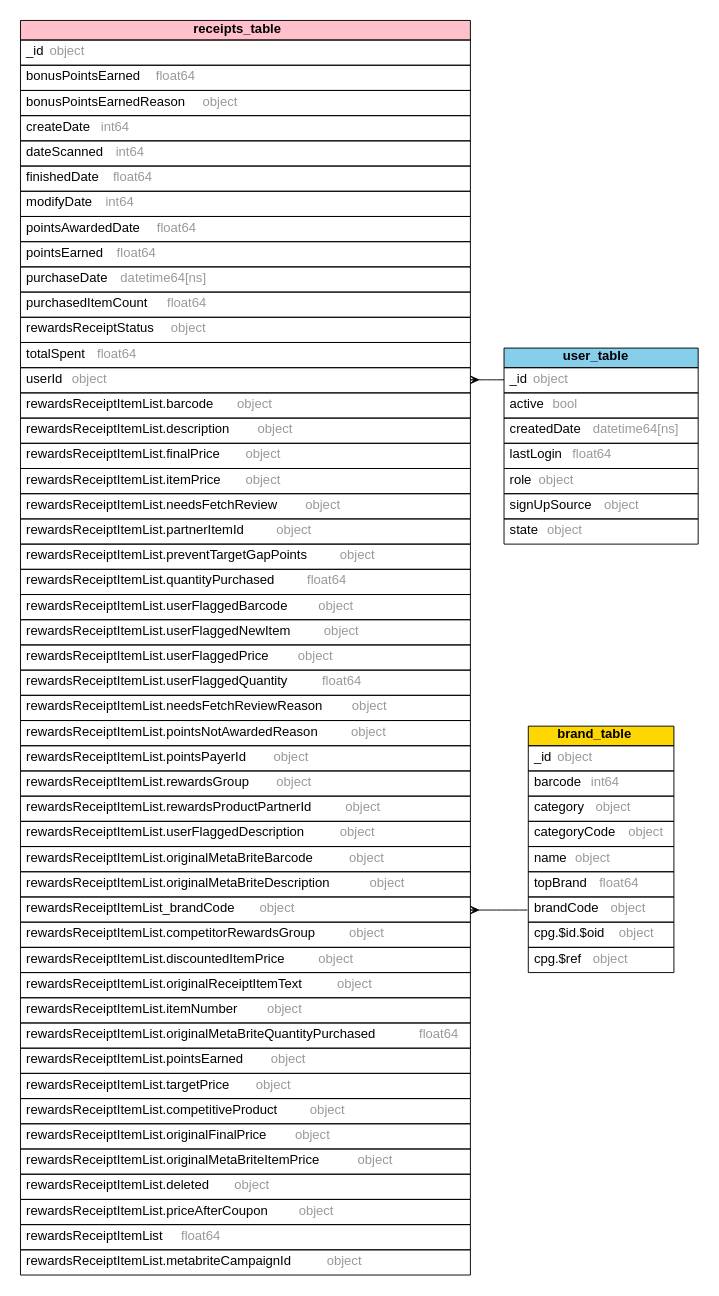
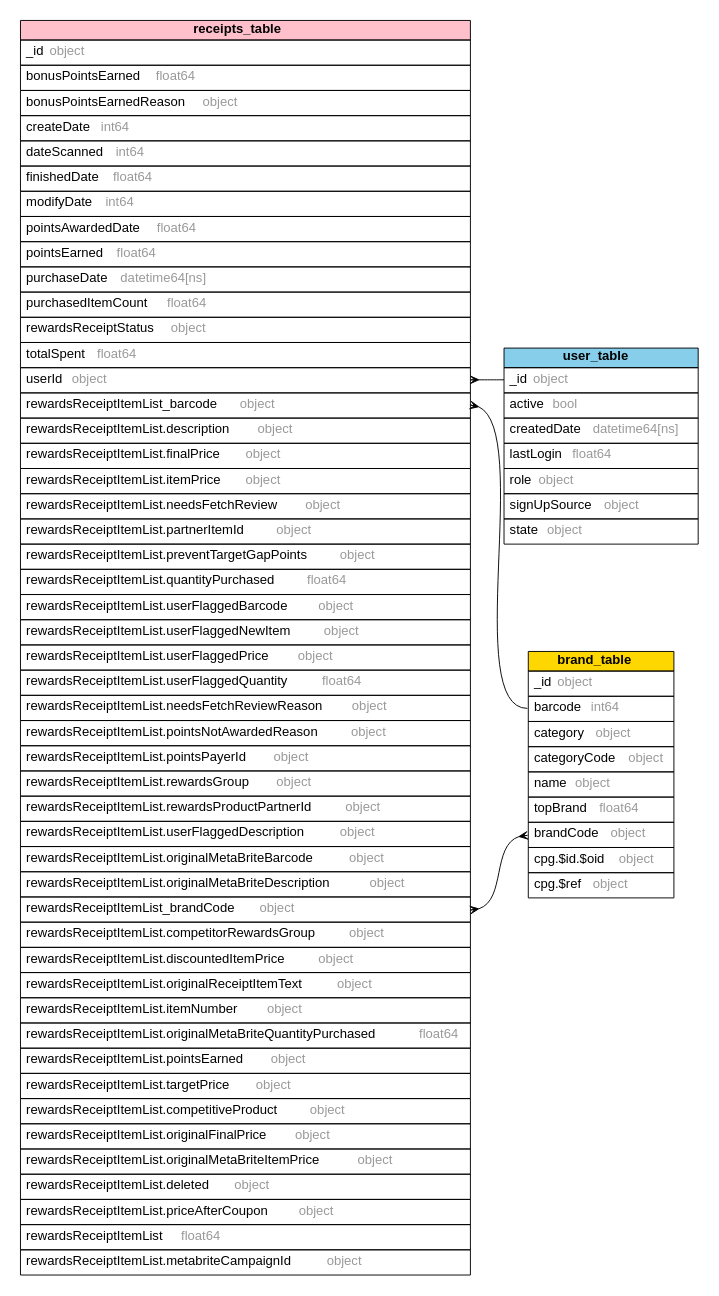
Before and after one commit to delgreen/data_science_portfolio: the diagram in diagram.dot, drawn with Graphviz. The commit also changed 2 other files, not shown here.

Commit message:
Comments about date times and updated diagram

```diff
--- a/diagram.dot
+++ b/diagram.dot
@@ -1,112 +1,115 @@
 digraph G {
         graph [
             nodesep=0.5;
             rankdir="LR";
             cencentrate=true;
             splines="spline";
             fontname="Helvetica";
             pad="0.2,0.2",
             label="",
 
         ];
 
         node [shape=plain, fontname="Helvetica"];
         edge [
             dir=both,
             fontsize=12,
             arrowsize=0.9,
             penwidth=1.0,
             labelangle=32,
             labeldistance=1.8,
             fontname="Helvetica"
         ];
 
 	 receipts_table [ label=<
         <table border="0" cellborder="1" cellspacing="0">
         <tr><td bgcolor="pink"><b>receipts_table</b></td></tr>
         
 		<tr><td port="_id" align="left" cellpadding="5">_id <font color="grey60">object</font></td></tr>
 		<tr><td port="bonusPointsEarned" align="left" cellpadding="5">bonusPointsEarned <font color="grey60">float64</font></td></tr>
 		<tr><td port="bonusPointsEarnedReason" align="left" cellpadding="5">bonusPointsEarnedReason <font color="grey60">object</font></td></tr>
 		<tr><td port="createDate" align="left" cellpadding="5">createDate <font color="grey60">int64</font></td></tr>
 		<tr><td port="dateScanned" align="left" cellpadding="5">dateScanned <font color="grey60">int64</font></td></tr>
 		<tr><td port="finishedDate" align="left" cellpadding="5">finishedDate <font color="grey60">float64</font></td></tr>
 		<tr><td port="modifyDate" align="left" cellpadding="5">modifyDate <font color="grey60">int64</font></td></tr>
 		<tr><td port="pointsAwardedDate" align="left" cellpadding="5">pointsAwardedDate <font color="grey60">float64</font></td></tr>
 		<tr><td port="pointsEarned" align="left" cellpadding="5">pointsEarned <font color="grey60">float64</font></td></tr>
 		<tr><td port="purchaseDate" align="left" cellpadding="5">purchaseDate <font color="grey60">datetime64[ns]</font></td></tr>
 		<tr><td port="purchasedItemCount" align="left" cellpadding="5">purchasedItemCount <font color="grey60">float64</font></td></tr>
 		<tr><td port="rewardsReceiptStatus" align="left" cellpadding="5">rewardsReceiptStatus <font color="grey60">object</font></td></tr>
 		<tr><td port="totalSpent" align="left" cellpadding="5">totalSpent <font color="grey60">float64</font></td></tr>
 		<tr><td port="userId" align="left" cellpadding="5">userId <font color="grey60">object</font></td></tr>
-		<tr><td port="rewardsReceiptItemList.barcode" align="left" cellpadding="5">rewardsReceiptItemList.barcode <font color="grey60">object</font></td></tr>
+		<tr><td port="rewardsReceiptItemList_barcode" align="left" cellpadding="5">rewardsReceiptItemList_barcode <font color="grey60">object</font></td></tr>
 		<tr><td port="rewardsReceiptItemList.description" align="left" cellpadding="5">rewardsReceiptItemList.description <font color="grey60">object</font></td></tr>
 		<tr><td port="rewardsReceiptItemList.finalPrice" align="left" cellpadding="5">rewardsReceiptItemList.finalPrice <font color="grey60">object</font></td></tr>
 		<tr><td port="rewardsReceiptItemList.itemPrice" align="left" cellpadding="5">rewardsReceiptItemList.itemPrice <font color="grey60">object</font></td></tr>
 		<tr><td port="rewardsReceiptItemList.needsFetchReview" align="left" cellpadding="5">rewardsReceiptItemList.needsFetchReview <font color="grey60">object</font></td></tr>
 		<tr><td port="rewardsReceiptItemList.partnerItemId" align="left" cellpadding="5">rewardsReceiptItemList.partnerItemId <font color="grey60">object</font></td></tr>
 		<tr><td port="rewardsReceiptItemList.preventTargetGapPoints" align="left" cellpadding="5">rewardsReceiptItemList.preventTargetGapPoints <font color="grey60">object</font></td></tr>
 		<tr><td port="rewardsReceiptItemList.quantityPurchased" align="left" cellpadding="5">rewardsReceiptItemList.quantityPurchased <font color="grey60">float64</font></td></tr>
 		<tr><td port="rewardsReceiptItemList.userFlaggedBarcode" align="left" cellpadding="5">rewardsReceiptItemList.userFlaggedBarcode <font color="grey60">object</font></td></tr>
 		<tr><td port="rewardsReceiptItemList.userFlaggedNewItem" align="left" cellpadding="5">rewardsReceiptItemList.userFlaggedNewItem <font color="grey60">object</font></td></tr>
 		<tr><td port="rewardsReceiptItemList.userFlaggedPrice" align="left" cellpadding="5">rewardsReceiptItemList.userFlaggedPrice <font color="grey60">object</font></td></tr>
 		<tr><td port="rewardsReceiptItemList.userFlaggedQuantity" align="left" cellpadding="5">rewardsReceiptItemList.userFlaggedQuantity <font color="grey60">float64</font></td></tr>
 		<tr><td port="rewardsReceiptItemList.needsFetchReviewReason" align="left" cellpadding="5">rewardsReceiptItemList.needsFetchReviewReason <font color="grey60">object</font></td></tr>
 		<tr><td port="rewardsReceiptItemList.pointsNotAwardedReason" align="left" cellpadding="5">rewardsReceiptItemList.pointsNotAwardedReason <font color="grey60">object</font></td></tr>
 		<tr><td port="rewardsReceiptItemList.pointsPayerId" align="left" cellpadding="5">rewardsReceiptItemList.pointsPayerId <font color="grey60">object</font></td></tr>
 		<tr><td port="rewardsReceiptItemList.rewardsGroup" align="left" cellpadding="5">rewardsReceiptItemList.rewardsGroup <font color="grey60">object</font></td></tr>
 		<tr><td port="rewardsReceiptItemList.rewardsProductPartnerId" align="left" cellpadding="5">rewardsReceiptItemList.rewardsProductPartnerId <font color="grey60">object</font></td></tr>
 		<tr><td port="rewardsReceiptItemList.userFlaggedDescription" align="left" cellpadding="5">rewardsReceiptItemList.userFlaggedDescription <font color="grey60">object</font></td></tr>
 		<tr><td port="rewardsReceiptItemList.originalMetaBriteBarcode" align="left" cellpadding="5">rewardsReceiptItemList.originalMetaBriteBarcode <font color="grey60">object</font></td></tr>
 		<tr><td port="rewardsReceiptItemList.originalMetaBriteDescription" align="left" cellpadding="5">rewardsReceiptItemList.originalMetaBriteDescription <font color="grey60">object</font></td></tr>
 		<tr><td port="rewardsReceiptItemList_brandCode" align="left" cellpadding="5">rewardsReceiptItemList_brandCode <font color="grey60">object</font></td></tr>
 		<tr><td port="rewardsReceiptItemList.competitorRewardsGroup" align="left" cellpadding="5">rewardsReceiptItemList.competitorRewardsGroup <font color="grey60">object</font></td></tr>
 		<tr><td port="rewardsReceiptItemList.discountedItemPrice" align="left" cellpadding="5">rewardsReceiptItemList.discountedItemPrice <font color="grey60">object</font></td></tr>
 		<tr><td port="rewardsReceiptItemList.originalReceiptItemText" align="left" cellpadding="5">rewardsReceiptItemList.originalReceiptItemText <font color="grey60">object</font></td></tr>
 		<tr><td port="rewardsReceiptItemList.itemNumber" align="left" cellpadding="5">rewardsReceiptItemList.itemNumber <font color="grey60">object</font></td></tr>
 		<tr><td port="rewardsReceiptItemList.originalMetaBriteQuantityPurchased" align="left" cellpadding="5">rewardsReceiptItemList.originalMetaBriteQuantityPurchased <font color="grey60">float64</font></td></tr>
 		<tr><td port="rewardsReceiptItemList.pointsEarned" align="left" cellpadding="5">rewardsReceiptItemList.pointsEarned <font color="grey60">object</font></td></tr>
 		<tr><td port="rewardsReceiptItemList.targetPrice" align="left" cellpadding="5">rewardsReceiptItemList.targetPrice <font color="grey60">object</font></td></tr>
 		<tr><td port="rewardsReceiptItemList.competitiveProduct" align="left" cellpadding="5">rewardsReceiptItemList.competitiveProduct <font color="grey60">object</font></td></tr>
 		<tr><td port="rewardsReceiptItemList.originalFinalPrice" align="left" cellpadding="5">rewardsReceiptItemList.originalFinalPrice <font color="grey60">object</font></td></tr>
 		<tr><td port="rewardsReceiptItemList.originalMetaBriteItemPrice" align="left" cellpadding="5">rewardsReceiptItemList.originalMetaBriteItemPrice <font color="grey60">object</font></td></tr>
 		<tr><td port="rewardsReceiptItemList.deleted" align="left" cellpadding="5">rewardsReceiptItemList.deleted <font color="grey60">object</font></td></tr>
 		<tr><td port="rewardsReceiptItemList.priceAfterCoupon" align="left" cellpadding="5">rewardsReceiptItemList.priceAfterCoupon <font color="grey60">object</font></td></tr>
 		<tr><td port="rewardsReceiptItemList" align="left" cellpadding="5">rewardsReceiptItemList <font color="grey60">float64</font></td></tr>
 		<tr><td port="rewardsReceiptItemList.metabriteCampaignId" align="left" cellpadding="5">rewardsReceiptItemList.metabriteCampaignId <font color="grey60">object</font></td></tr>
 		</table>>];
 
 	 user_table [ label=<
         <table border="0" cellborder="1" cellspacing="0">
         <tr><td bgcolor="skyblue"><b>user_table</b></td></tr>
         
 		<tr><td port="_id" align="left" cellpadding="5">_id <font color="grey60">object</font></td></tr>
 		<tr><td port="active" align="left" cellpadding="5">active <font color="grey60">bool</font></td></tr>
 		<tr><td port="createdDate" align="left" cellpadding="5">createdDate <font color="grey60">datetime64[ns]</font></td></tr>
 		<tr><td port="lastLogin" align="left" cellpadding="5">lastLogin <font color="grey60">float64</font></td></tr>
 		<tr><td port="role" align="left" cellpadding="5">role <font color="grey60">object</font></td></tr>
 		<tr><td port="signUpSource" align="left" cellpadding="5">signUpSource <font color="grey60">object</font></td></tr>
 		<tr><td port="state" align="left" cellpadding="5">state <font color="grey60">object</font></td></tr>
 		</table>>];
 
 	 brand_table [ label=<
         <table border="0" cellborder="1" cellspacing="0">
         <tr><td bgcolor="gold"><b>brand_table</b></td></tr>
         
 		<tr><td port="_id" align="left" cellpadding="5">_id <font color="grey60">object</font></td></tr>
 		<tr><td port="barcode" align="left" cellpadding="5">barcode <font color="grey60">int64</font></td></tr>
 		<tr><td port="category" align="left" cellpadding="5">category <font color="grey60">object</font></td></tr>
 		<tr><td port="categoryCode" align="left" cellpadding="5">categoryCode <font color="grey60">object</font></td></tr>
 		<tr><td port="name" align="left" cellpadding="5">name <font color="grey60">object</font></td></tr>
 		<tr><td port="topBrand" align="left" cellpadding="5">topBrand <font color="grey60">float64</font></td></tr>
 		<tr><td port="brandCode" align="left" cellpadding="5">brandCode <font color="grey60">object</font></td></tr>
 		<tr><td port="cpg.$id.$oid" align="left" cellpadding="5">cpg.$id.$oid <font color="grey60">object</font></td></tr>
 		<tr><td port="cpg.$ref" align="left" cellpadding="5">cpg.$ref <font color="grey60">object</font></td></tr>
 		</table>>];
 
 	 receipts_table:rewardsReceiptItemList_brandCode->brand_table:brandCode [ 
+                        arrowhead=ocrow, arrowtail=ocrow];
+
+	 receipts_table:rewardsReceiptItemList_barcode->brand_table:barcode [ 
                         arrowhead=none, arrowtail=ocrow];
 
 	 receipts_table:userId->user_table:_id [ 
                         arrowhead=none, arrowtail=ocrow];
 }
```
